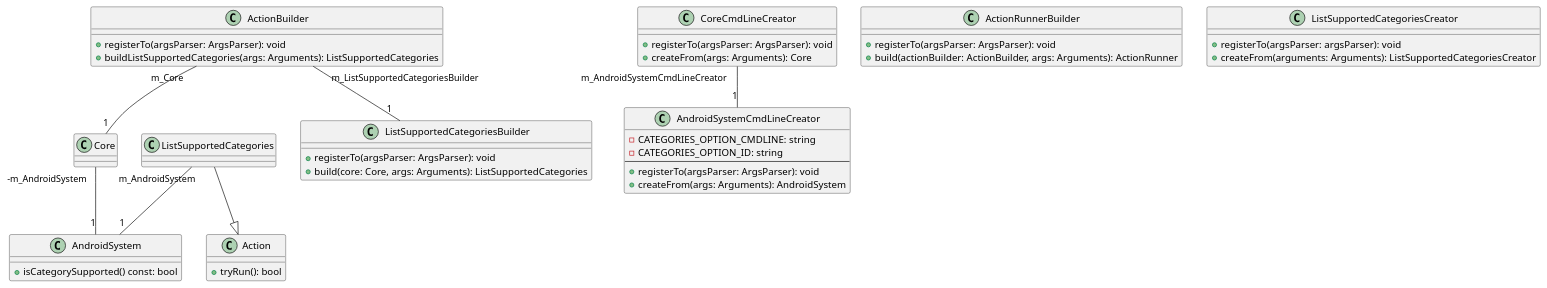
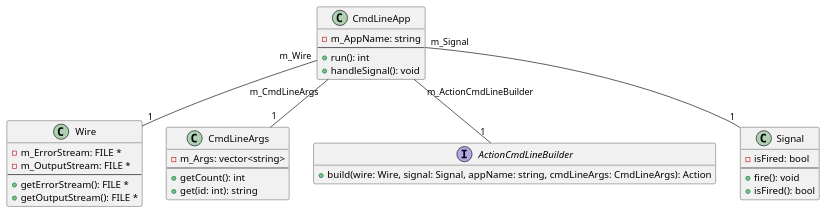
The diagram in docs/design/class_extensible.puml (littlewhywhat/extrace), drawn with PlantUML before and after one commit. The commit also changed 12 other files, not shown here.

```diff
--- a/docs/design/class_extensible.puml
+++ b/docs/design/class_extensible.puml
@@ -1,59 +1,43 @@
 @startuml
-class Core {
+
+class CmdLineApp {
+  - m_AppName: string
+  --
+  + run(): int
+  + handleSignal(): void
 }
 
-Core "-m_AndroidSystem" -- "1" AndroidSystem
+CmdLineApp "m_Wire" -- "1" Wire
+CmdLineApp "m_CmdLineArgs" -- "1" CmdLineArgs
+CmdLineApp "m_ActionCmdLineBuilder" -- "1" ActionCmdLineBuilder
+CmdLineApp "m_Signal" -- "1" Signal
 
-class CoreCmdLineCreator {
-  + registerTo(argsParser: ArgsParser): void
-  + createFrom(args: Arguments): Core
+class Wire {
+  - m_ErrorStream: FILE *
+  - m_OutputStream: FILE *
+  --
+  + getErrorStream(): FILE *
+  + getOutputStream(): FILE *
+}
+hide Wire methods
+
+class Signal {
+  - isFired: bool
+  --
+  + fire(): void
+  + isFired(): bool
 }
 
-CoreCmdLineCreator "m_AndroidSystemCmdLineCreator" -- "1" AndroidSystemCmdLineCreator
-
-class AndroidSystemCmdLineCreator {
-  - CATEGORIES_OPTION_CMDLINE: string
-  - CATEGORIES_OPTION_ID: string
+class CmdLineArgs {
+  - m_Args: vector<string>
   --
-  + registerTo(argsParser: ArgsParser): void
-  + createFrom(args: Arguments): AndroidSystem
+  + getCount(): int
+  + get(id: int): string  
 }
 
-class AndroidSystem {
-  + isCategorySupported() const: bool
+interface ActionCmdLineBuilder {
+  + build(wire: Wire, signal: Signal, appName: string, cmdLineArgs: CmdLineArgs): Action
 }
-
-class ActionBuilder {
-  + registerTo(argsParser: ArgsParser): void
-  + buildListSupportedCategories(args: Arguments): ListSupportedCategories
-}
-
-ActionBuilder "m_Core" -- "1" Core
-ActionBuilder "m_ListSupportedCategoriesBuilder" -- "1" ListSupportedCategoriesBuilder
-
-class ActionRunnerBuilder {
-  + registerTo(argsParser: ArgsParser): void
-  + build(actionBuilder: ActionBuilder, args: Arguments): ActionRunner
-}
-
-class Action {
-  + tryRun(): bool
-}
-
-class ListSupportedCategories {
-}
-
-ListSupportedCategories --|> Action
-ListSupportedCategories "m_AndroidSystem" -- "1" AndroidSystem
-
-class ListSupportedCategoriesBuilder {
-  + registerTo(argsParser: ArgsParser): void
-  + build(core: Core, args: Arguments): ListSupportedCategories
-}
-
-class ListSupportedCategoriesCreator {
-  + registerTo(argsParser: argsParser): void
-  + createFrom(arguments: Arguments): ListSupportedCategoriesCreator
-}
+hide ActionCmdLineBuilder fields
 
 @enduml
```
